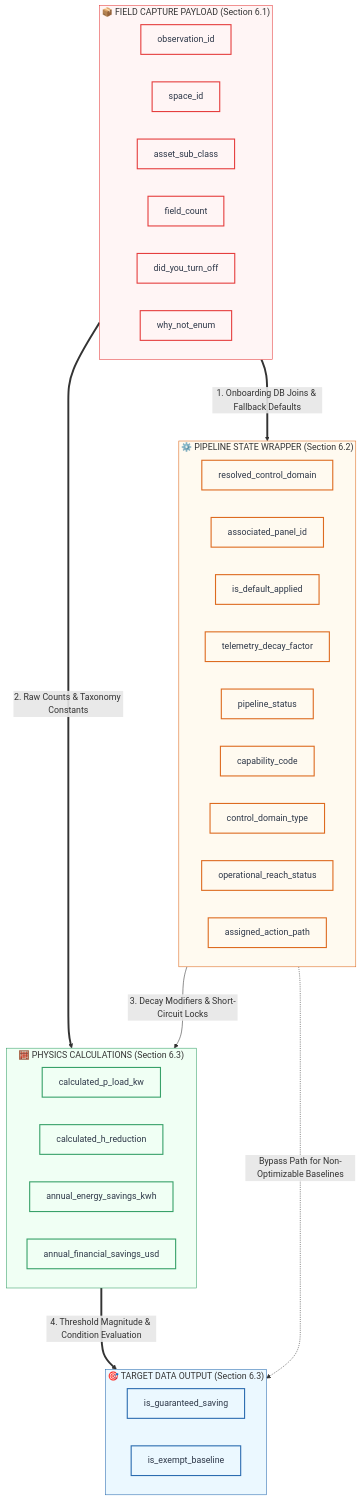
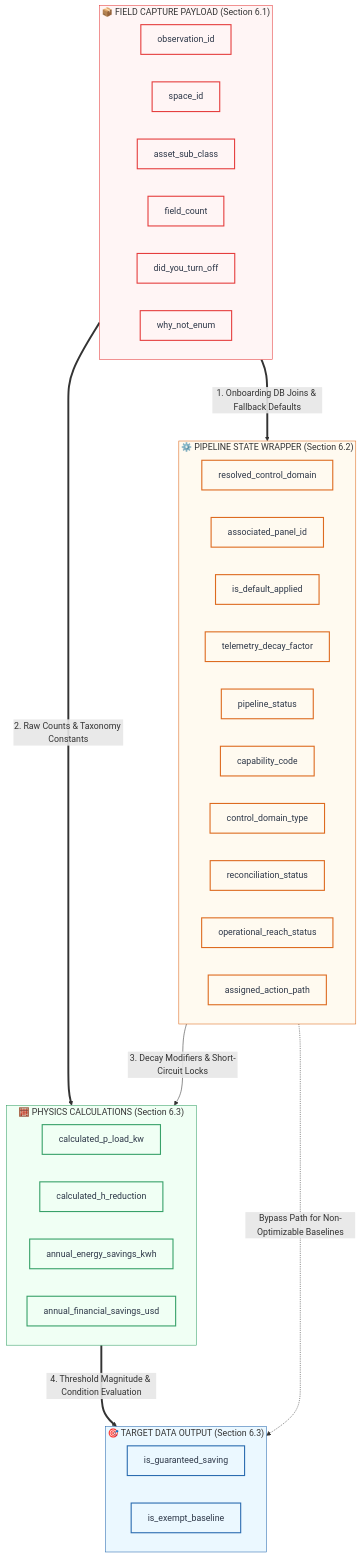
Before and after one commit to c883/Inference-Engine: the third of 3 diagrams in docs/architecture/inference-engine-spec.md, drawn with Mermaid. The commit also changed other lines of this file, not shown here.

````diff
--- a/docs/architecture/inference-engine-spec.md
+++ b/docs/architecture/inference-engine-spec.md
@@ -825,60 +876,61 @@
 ```mermaid
 flowchart TD
     %% Custom Visual Style Elements for Structural Cleanliness
     classDef inputs fill:#fff5f5,stroke:#e53e3e,stroke-width:2px,color:#2d3748;
     classDef states fill:#fffaf0,stroke:#dd6b20,stroke-width:2px,color:#2d3748;
     classDef outputs fill:#f0fff4,stroke:#38a169,stroke-width:2px,color:#2d3748;
     classDef targets fill:#ebf8ff,stroke:#2b6cb0,stroke-width:2px,color:#2d3748;
 
     %% 1. RAW DATA DATA ACQUISITION CONTAINER
     subgraph Container_In ["📦 FIELD CAPTURE PAYLOAD (Section 6.1)"]
         direction LR
         I1[observation_id]:::inputs
         I2[space_id]:::inputs
         I3[asset_sub_class]:::inputs
         I4[field_count]:::inputs
         I5[did_you_turn_off]:::inputs
         I6[why_not_enum]:::inputs
     end
     style Container_In fill:#fff5f5,stroke:#e53e3e,stroke-width:1px
 
     %% 2. INTERNAL BACKEND PROCESSING STATE MACHINE CONTAINER
     subgraph Container_State ["⚙️ PIPELINE STATE WRAPPER (Section 6.2)"]
         direction LR
         V1[resolved_control_domain]:::states
         V2[associated_panel_id]:::states
         V3[is_default_applied]:::states
         V4[telemetry_decay_factor]:::states
         V5[pipeline_status]:::states
         V6[capability_code]:::states
         V7[control_domain_type]:::states
-        V8[operational_reach_status]:::states
-        V9[assigned_action_path]:::states
+        V8[reconciliation_status]:::states
+        V9[operational_reach_status]:::states
+        V10[assigned_action_path]:::states
     end
     style Container_State fill:#fffaf0,stroke:#dd6b20,stroke-width:1px
 
     %% 3. ENGINEERING PHYSICS CORE MATHEMATICS CONTAINER
     subgraph Container_Math ["🧮 PHYSICS CALCULATIONS (Section 6.3)"]
         direction LR
         M1[calculated_p_load_kw]:::outputs
         M2[calculated_h_reduction]:::outputs
         M3[annual_energy_savings_kwh]:::outputs
         M4[annual_financial_savings_usd]:::outputs
     end
     style Container_Math fill:#f0fff4,stroke:#38a169,stroke-width:1px
 
     %% 4. MASTER COMPILATION OUTPUT STORAGE POOLS
     subgraph Container_Pool ["🎯 TARGET DATA OUTPUT (Section 6.3)"]
         direction LR
         T1[is_guaranteed_saving]:::targets
         T2[is_exempt_baseline]:::targets
     end
     style Container_Pool fill:#ebf8ff,stroke:#2b6cb0,stroke-width:1px
 
     %% --- MACRO CONTAINER BOUNDARY RELATIONSHIPS ---
     Container_In ===>|1. Onboarding DB Joins & Fallback Defaults| Container_State
     Container_In ===>|2. Raw Counts & Taxonomy Constants| Container_Math
     Container_State --->|3. Decay Modifiers & Short-Circuit Locks| Container_Math
     Container_Math ===>|4. Threshold Magnitude & Condition Evaluation| Container_Pool
     Container_State -.->|Bypass Path for Non-Optimizable Baselines| Container_Pool
 ```
````
